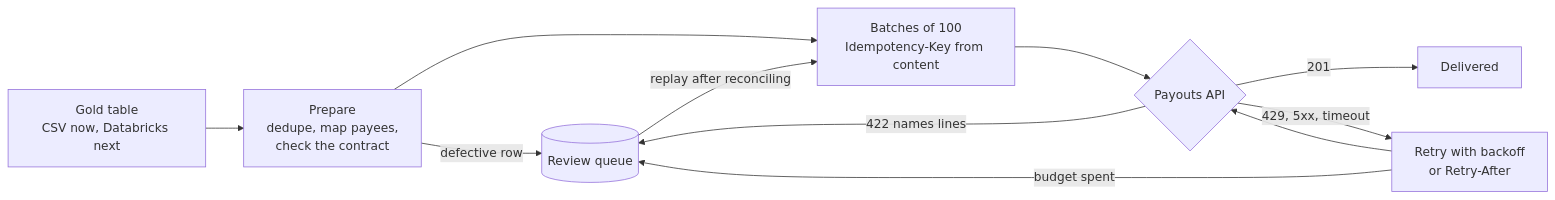
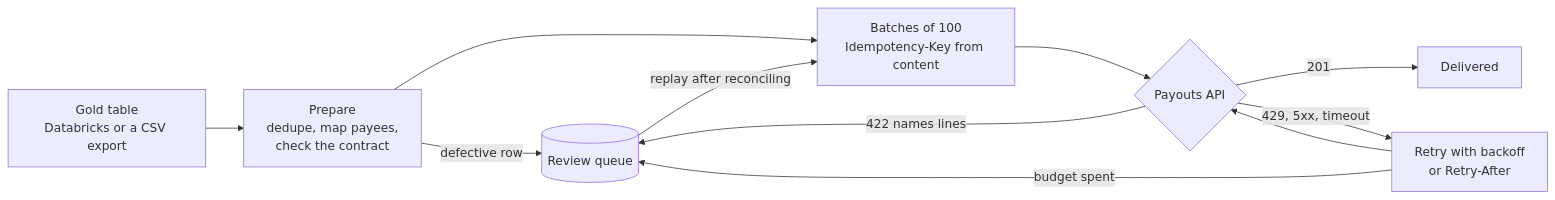
Before and after one commit to lobby9000/puente: the diagram in README.md, drawn with Mermaid. The commit also changed other lines of this file and 12 other files, not shown here.

First line of the commit message:
Stage 2: Databricks as the source, with bronze, silver and gold in SQL

````diff
--- a/README.md
+++ b/README.md
@@ -26,13 +26,13 @@
 ```mermaid
 flowchart LR
-    S[Gold table<br/>CSV now, Databricks next] --> P[Prepare<br/>dedupe, map payees,<br/>check the contract]
+    S[Gold table<br/>Databricks or a CSV export] --> P[Prepare<br/>dedupe, map payees,<br/>check the contract]
     P -- defective row --> R[(Review queue)]
     P --> B[Batches of 100<br/>Idempotency-Key from content]
     B --> API{Payouts API}
     API -- 201 --> D[Delivered]
     API -- 422 names lines --> R
     API -- 429, 5xx, timeout --> T[Retry with backoff<br/>or Retry-After]
     T --> API
     T -- budget spent --> R
     R -- replay after reconciling --> B
 ```
````
